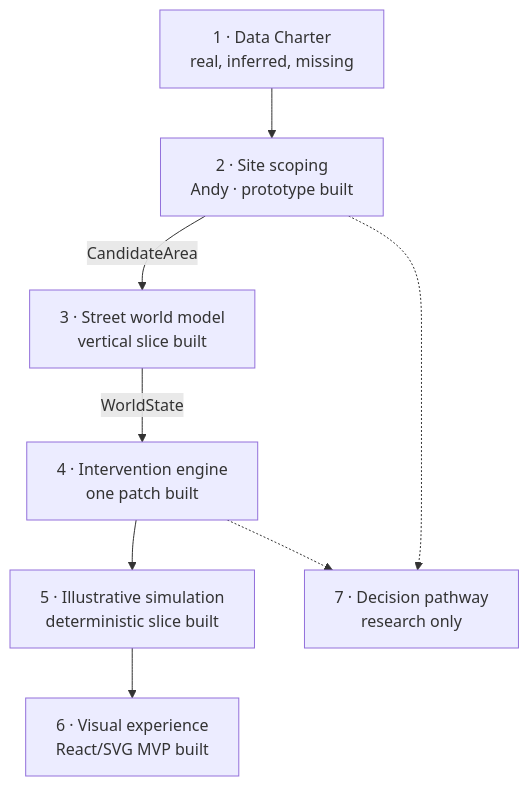
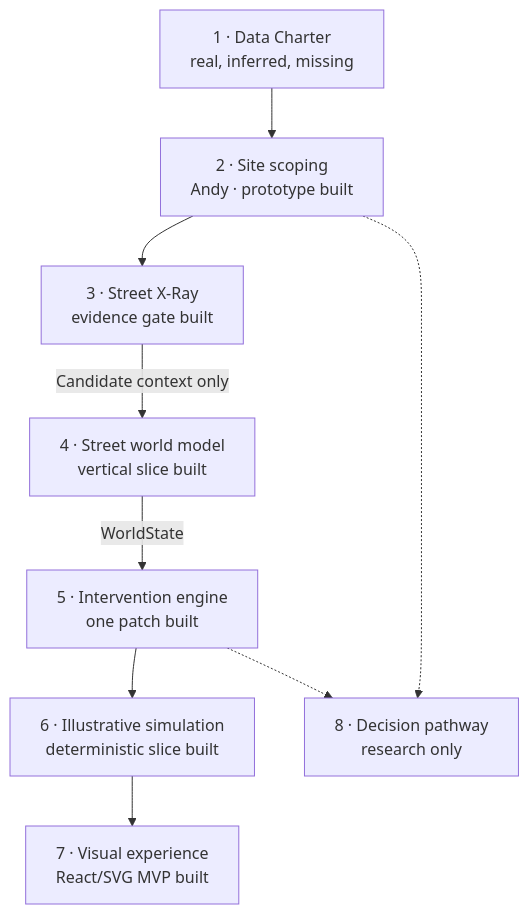
One commit to blackmath88/Hack-am-Rhein-2026-SpongeSquad changed the first of 2 diagrams in wrapper/docs/ARCHITECTURE.md. Above: the diagram before and after it, drawn with Mermaid. The commit also changed other lines of this file and 15 other files, not shown here.

Commit message:
Add one-street evidence gate

````diff
--- a/wrapper/docs/ARCHITECTURE.md
+++ b/wrapper/docs/ARCHITECTURE.md
@@ -31,18 +31,19 @@
 ```mermaid
 flowchart TD
     A["1 · Data Charter<br/>real, inferred, missing"]
     B["2 · Site scoping<br/>Andy · prototype built"]
-    C["3 · Street world model<br/>vertical slice built"]
-    D["4 · Intervention engine<br/>one patch built"]
-    E["5 · Illustrative simulation<br/>deterministic slice built"]
-    F["6 · Visual experience<br/>React/SVG MVP built"]
-    G["7 · Decision pathway<br/>research only"]
+    X["3 · Street X-Ray<br/>evidence gate built"]
+    C["4 · Street world model<br/>vertical slice built"]
+    D["5 · Intervention engine<br/>one patch built"]
+    E["6 · Illustrative simulation<br/>deterministic slice built"]
+    F["7 · Visual experience<br/>React/SVG MVP built"]
+    G["8 · Decision pathway<br/>research only"]
 
-    A --> B
-    B -->|CandidateArea| C
+    A --> B --> X
+    X -->|Candidate context only| C
     C -->|WorldState| D
     D --> E
     E --> F
     B -.-> G
     D -.-> G
 ```
````
